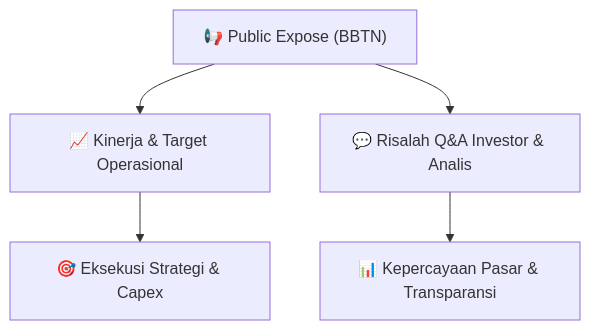
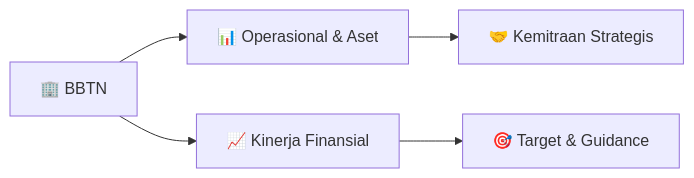
Before and after one commit to anYoneo/alphadigest-idx: the diagram in reports/summaries/public-exposes/informasi-pubex/BBTN_Public_Expose_20260907.md, drawn with Mermaid. The commit also changed other lines of this file and 526 other files, not shown here.

````diff
--- a/reports/summaries/public-exposes/informasi-pubex/BBTN_Public_Expose_20260907.md
+++ b/reports/summaries/public-exposes/informasi-pubex/BBTN_Public_Expose_20260907.md
@@ -15,7 +288,7 @@
 ```mermaid
-flowchart TD
-    A["📢 Public Expose (BBTN)"] --> B["📈 Kinerja & Target Operasional"]
-    A --> C["💬 Risalah Q&A Investor & Analis"]
-    B --> D["🎯 Eksekusi Strategi & Capex"]
-    C --> E["📊 Kepercayaan Pasar & Transparansi"]
+flowchart LR
+    A["🏢 BBTN"] --> B["📊 Operasional & Aset"]
+    A --> C["📈 Kinerja Finansial"]
+    B --> D["🤝 Kemitraan Strategis"]
+    C --> E["🎯 Target & Guidance"]
 ```
````
